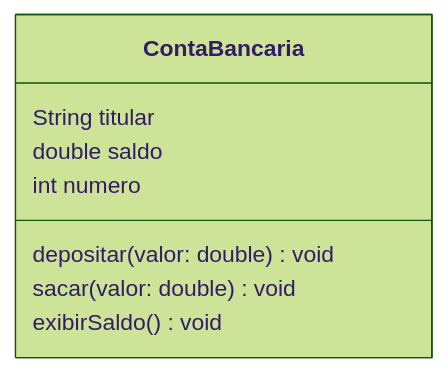
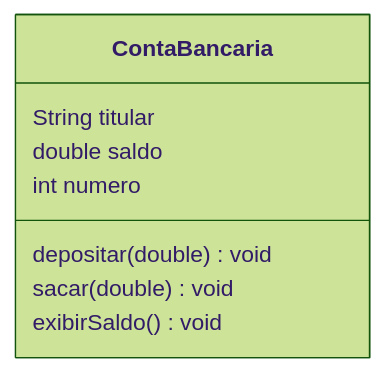
The fourth of 6 diagrams in src/content/modulo-02/encontro-03.md (emanoelsp/poo-essential-academy), drawn with Mermaid (forest theme) before and after one commit. The commit also changed other lines of this file, not shown here.

First line of the commit message:
Fix mermaid parse errors in encontro-03 diagrams

````diff
--- a/src/content/modulo-02/encontro-03.md
+++ b/src/content/modulo-02/encontro-03.md
@@ -191,11 +191,11 @@
 ```mermaid
 classDiagram
     class ContaBancaria {
         String titular
         double saldo
         int numero
-        depositar(valor: double) void
-        sacar(valor: double) void
+        depositar(double) void
+        sacar(double) void
         exibirSaldo() void
     }
 ```
````
